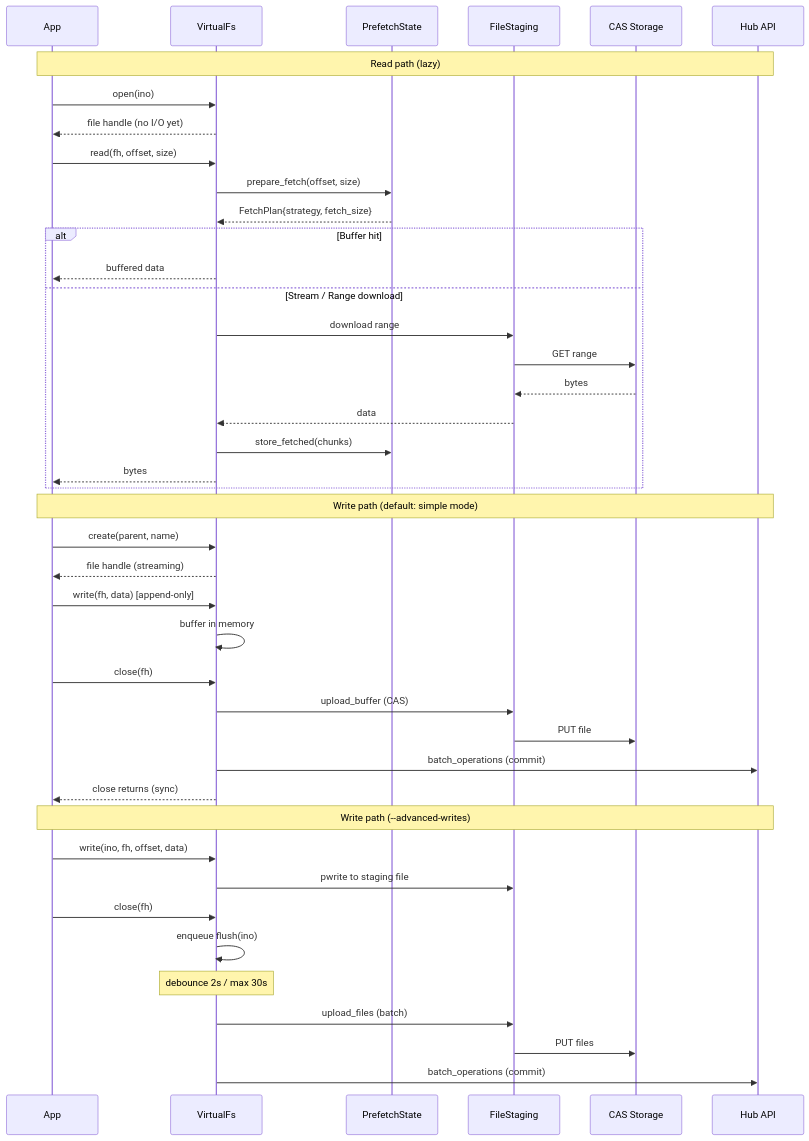
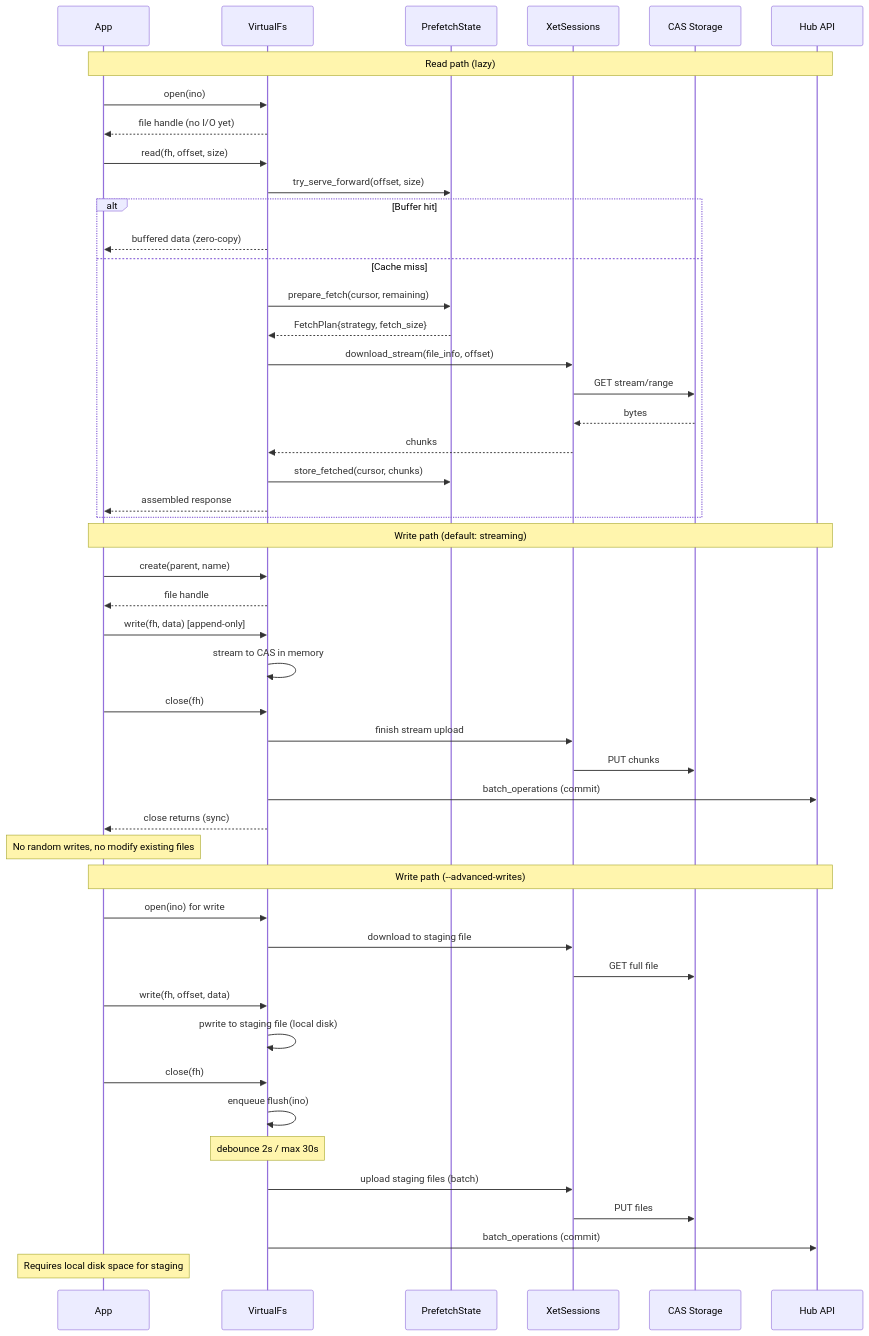
One commit to huggingface/hf-mount changed the second of 2 diagrams in README.md. Above: the diagram before and after it, drawn with Mermaid. The commit also changed other lines of this file and 5 other files, not shown here.

Commit message:
docs: add transformers example, update architecture diagrams and options table

````diff
--- a/README.md
+++ b/README.md
@@ -166,48 +196,54 @@
 ```mermaid
 sequenceDiagram
     participant App
     participant VFS as VirtualFs
     participant PF as PrefetchState
-    participant Staging as FileStaging
+    participant Xet as XetSessions
     participant CAS as CAS Storage
     participant Hub as Hub API
 
     Note over App,Hub: Read path (lazy)
     App->>VFS: open(ino)
     VFS-->>App: file handle (no I/O yet)
     App->>VFS: read(fh, offset, size)
-    VFS->>PF: prepare_fetch(offset, size)
-    PF-->>VFS: FetchPlan{strategy, fetch_size}
+    VFS->>PF: try_serve_forward(offset, size)
 
     alt Buffer hit
-        VFS-->>App: buffered data
-    else Stream / Range download
-        VFS->>Staging: download range
-        Staging->>CAS: GET range
-        CAS-->>Staging: bytes
-        Staging-->>VFS: data
-        VFS->>PF: store_fetched(chunks)
-        VFS-->>App: bytes
+        VFS-->>App: buffered data (zero-copy)
+    else Cache miss
+        VFS->>PF: prepare_fetch(cursor, remaining)
+        PF-->>VFS: FetchPlan{strategy, fetch_size}
+        VFS->>Xet: download_stream(file_info, offset)
+        Xet->>CAS: GET stream/range
+        CAS-->>Xet: bytes
+        Xet-->>VFS: chunks
+        VFS->>PF: store_fetched(cursor, chunks)
+        VFS-->>App: assembled response
     end
 
-    Note over App,Hub: Write path (default: simple mode)
+    Note over App,Hub: Write path (default: streaming)
     App->>VFS: create(parent, name)
-    VFS-->>App: file handle (streaming)
+    VFS-->>App: file handle
     App->>VFS: write(fh, data) [append-only]
-    VFS->>VFS: buffer in memory
+    VFS->>VFS: stream to CAS in memory
     App->>VFS: close(fh)
-    VFS->>Staging: upload_buffer (CAS)
-    Staging->>CAS: PUT file
+    VFS->>Xet: finish stream upload
+    Xet->>CAS: PUT chunks
     VFS->>Hub: batch_operations (commit)
     VFS-->>App: close returns (sync)
+    Note over App: No random writes, no modify existing files
 
     Note over App,Hub: Write path (--advanced-writes)
-    App->>VFS: write(ino, fh, offset, data)
-    VFS->>Staging: pwrite to staging file
+    App->>VFS: open(ino) for write
+    VFS->>Xet: download to staging file
+    Xet->>CAS: GET full file
+    App->>VFS: write(fh, offset, data)
+    VFS->>VFS: pwrite to staging file (local disk)
     App->>VFS: close(fh)
     VFS->>VFS: enqueue flush(ino)
     Note over VFS: debounce 2s / max 30s
-    VFS->>Staging: upload_files (batch)
-    Staging->>CAS: PUT files
+    VFS->>Xet: upload staging files (batch)
+    Xet->>CAS: PUT files
     VFS->>Hub: batch_operations (commit)
+    Note over App: Requires local disk space for staging
 ```
````
